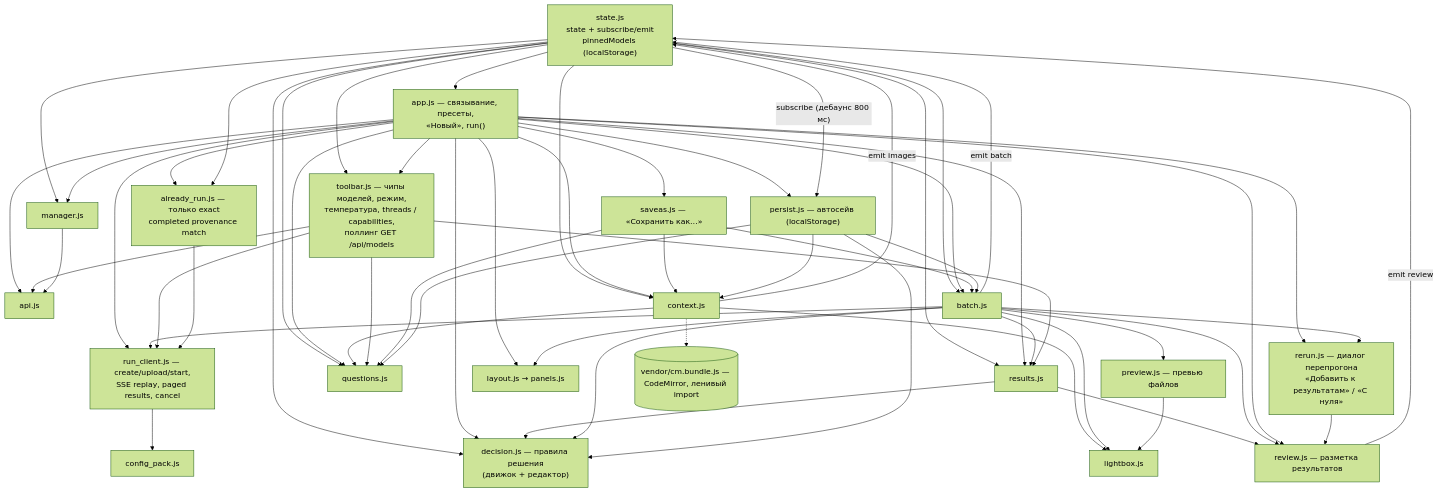
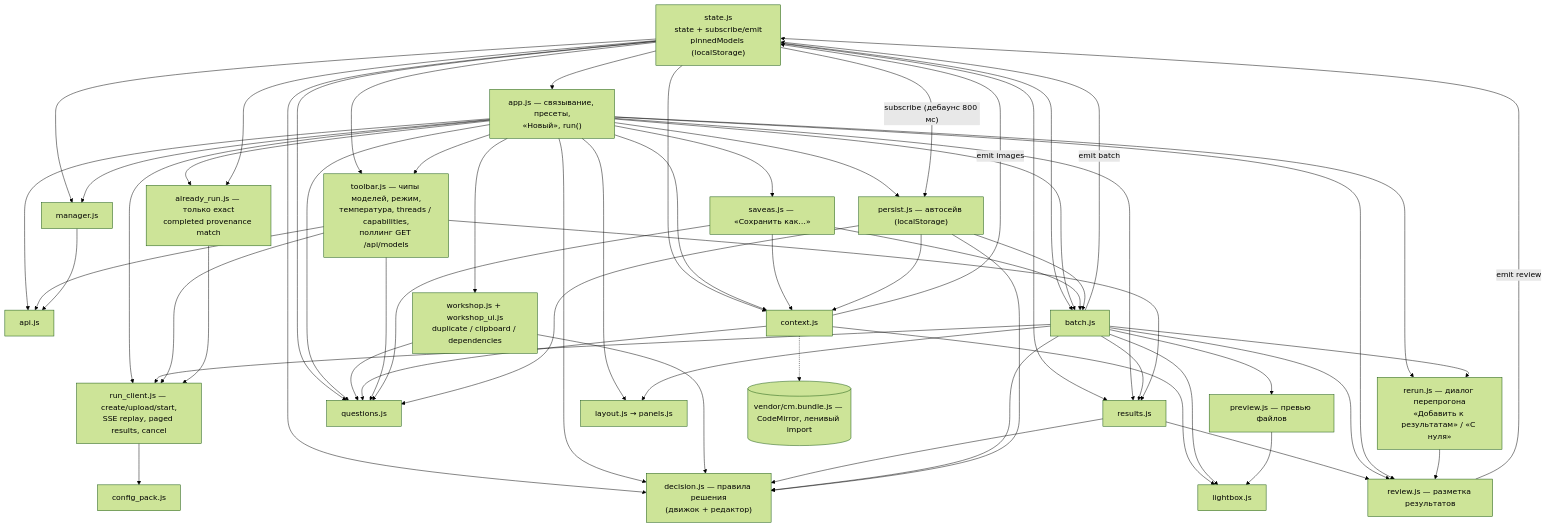
One commit to chkalofff/decision-qa changed the fourth of 5 diagrams in ARCHITECTURE.md. Above: the diagram before and after it, drawn with Mermaid (forest theme). The commit also changed other lines of this file and 11 other files, not shown here.

```diff
--- a/ARCHITECTURE.md
+++ b/ARCHITECTURE.md
@@ -695,6 +730,7 @@
     TB["toolbar.js — чипы моделей, режим,<br/>температура, threads / capabilities,<br/>поллинг GET /api/models"]
     QM[questions.js]
     DEC["decision.js — правила решения<br/>(движок + редактор)"]
+    WS["workshop.js + workshop_ui.js<br/>duplicate / clipboard / dependencies"]
     CTX[context.js]
     CP[config_pack.js]
     RES[results.js]
@@ -726,6 +762,9 @@
     MGR --> APIJS
     APP --> QM
     APP --> DEC
+    APP --> WS
+    WS --> QM
+    WS --> DEC
     APP --> CTX
     APP --> RES
     APP --> BATCH
```
